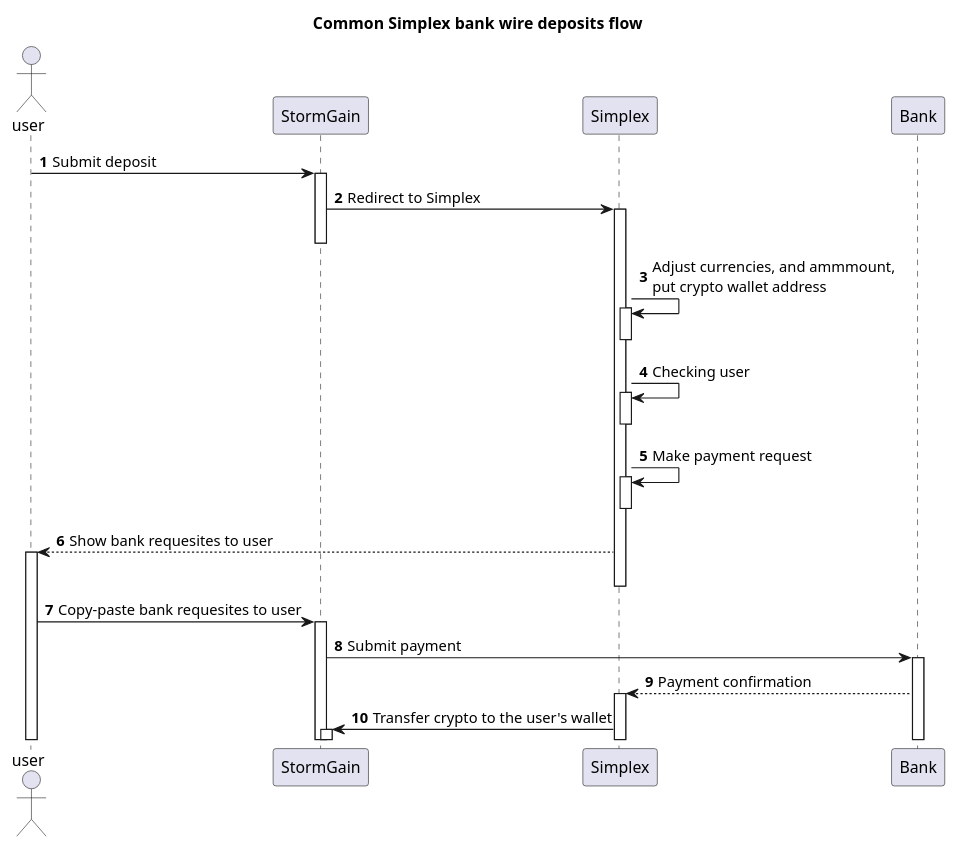
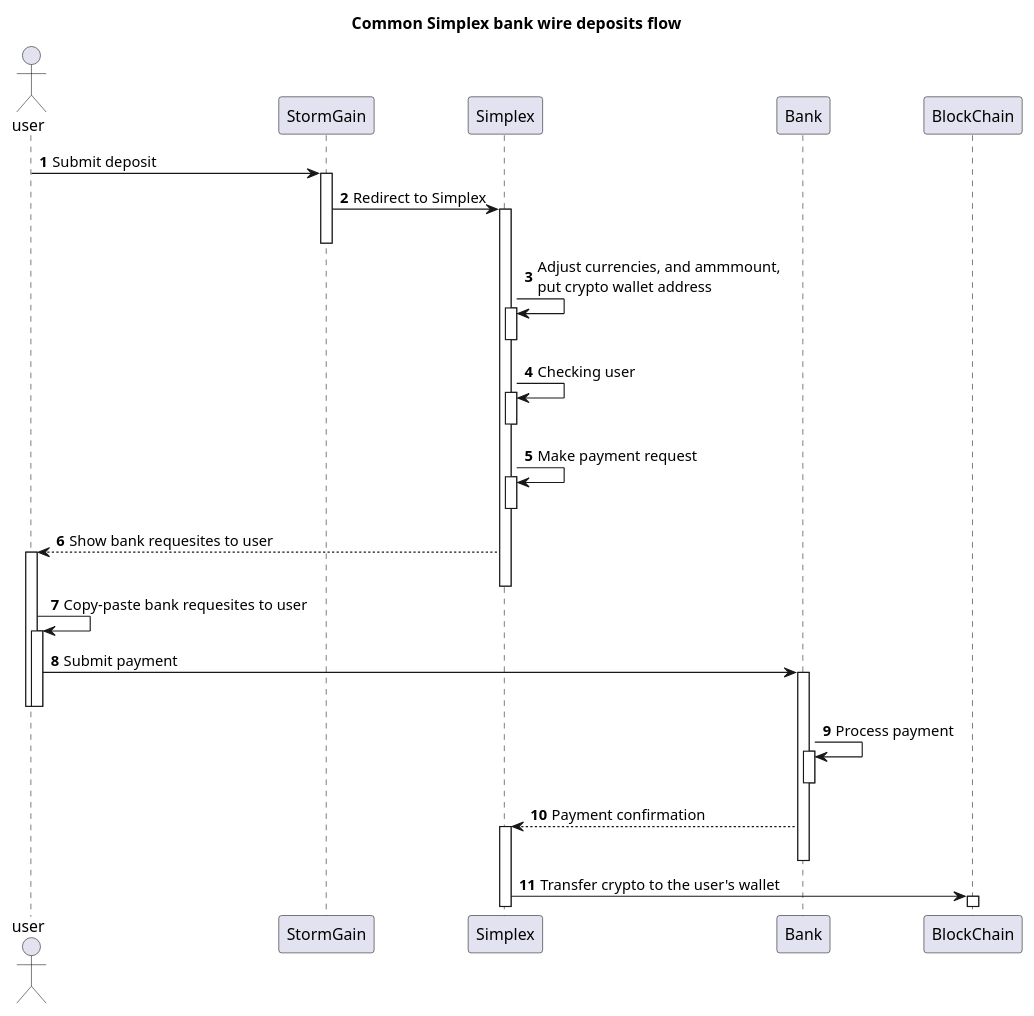
One commit to milovdg/UMLPractice changed the diagram in UML practice/docs/diagrams/src/OMEGA-110 Simplex deposits/commonDiagram.wsd. Above: the diagram before and after it, drawn with PlantUML.

Commit message:
10.09.2021-2

```diff
--- a/UML practice/docs/diagrams/src/OMEGA-110 Simplex deposits/commonDiagram.wsd
+++ b/UML practice/docs/diagrams/src/OMEGA-110 Simplex deposits/commonDiagram.wsd
@@ -1,38 +1,44 @@
 @startuml
 
 title Common Simplex bank wire deposits flow
 
 autonumber
 
 actor user
 participant StormGain
 participant Simplex
 participant Bank
+participant BlockChain
 
 user -> StormGain ++: Submit deposit
 
 StormGain -> Simplex ++: Redirect to Simplex
 deactivate StormGain
 
 Simplex -> Simplex ++: Adjust currencies, and ammmount, \nput crypto wallet address
 deactivate Simplex
 
 Simplex -> Simplex ++: Checking user
 deactivate Simplex
 
 Simplex -> Simplex ++: Make payment request
 deactivate Simplex
 
 Simplex --> user ++: Show bank requesites to user
 deactivate Simplex
 
-user -> StormGain ++: Copy-paste bank requesites to user
+user -> user ++: Copy-paste bank requesites to user
 
-StormGain -> Bank ++: Submit payment
+user -> Bank ++: Submit payment
+deactivate user
+deactivate user
 
+Bank -> Bank ++: Process payment
+deactivate Bank
 Bank --> Simplex ++: Payment confirmation
+deactivate Bank
 
-Simplex -> StormGain ++: Transfer crypto to the user's wallet
+Simplex -> BlockChain ++: Transfer crypto to the user's wallet
 
 
 @enduml
```
